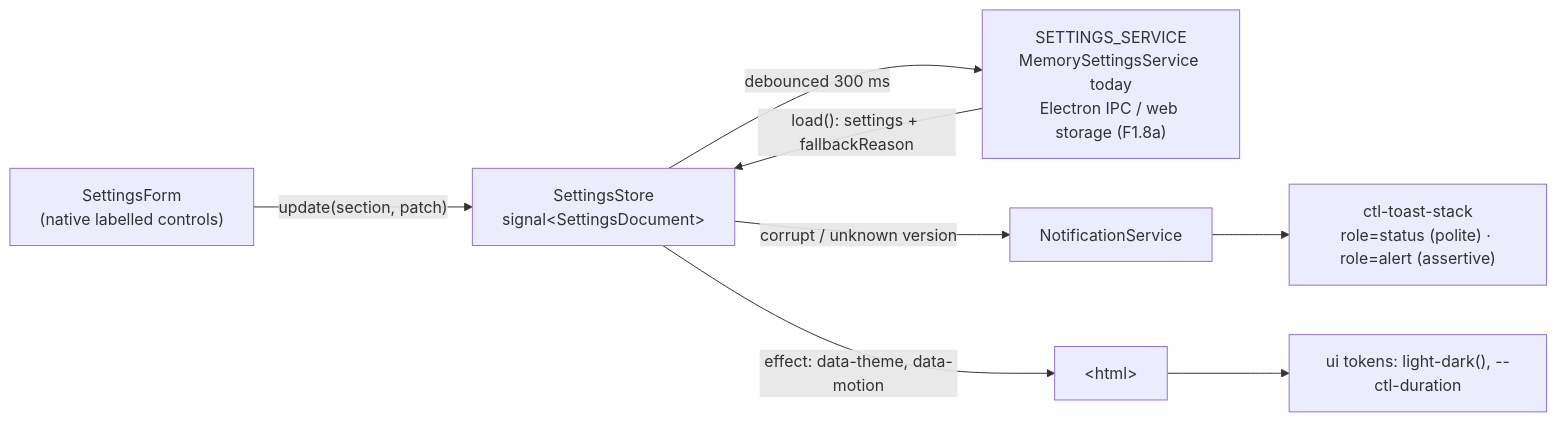
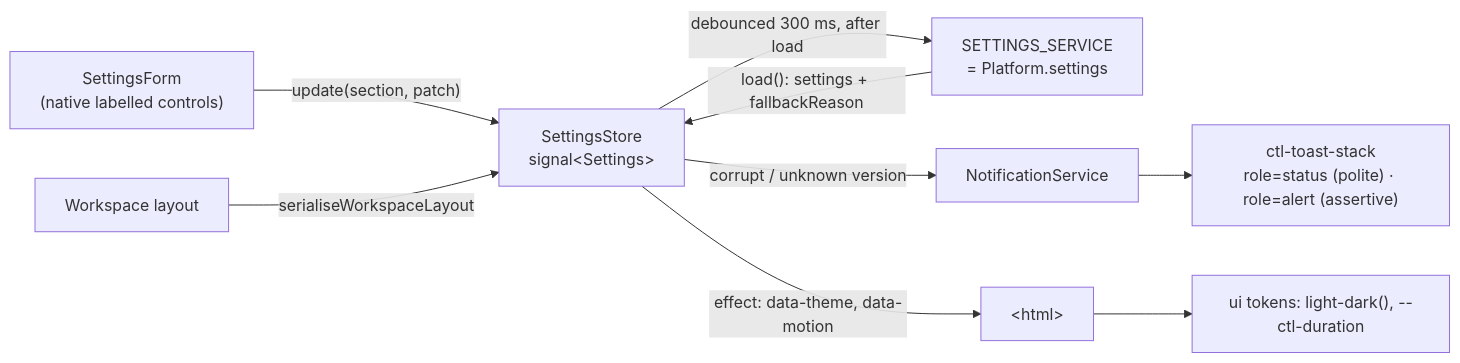
Before and after one commit to joebarbere/controls: the fourth of 5 diagrams in docs/architecture/ui-shell.md, drawn with Mermaid. The commit also changed other lines of this file and 54 other files, not shown here.

````diff
--- a/docs/architecture/ui-shell.md
+++ b/docs/architecture/ui-shell.md
@@ -82,10 +82,11 @@
 ```mermaid
 flowchart LR
-    FORM["SettingsForm<br/>(native labelled controls)"] -->|"update(section, patch)"| STORE["SettingsStore<br/>signal&lt;SettingsDocument&gt;"]
-    STORE -->|"debounced 300 ms"| SVC["SETTINGS_SERVICE<br/>MemorySettingsService today<br/>Electron IPC / web storage (F1.8a)"]
+    FORM["SettingsForm<br/>(native labelled controls)"] -->|"update(section, patch)"| STORE["SettingsStore<br/>signal&lt;Settings&gt;"]
+    WS["Workspace layout"] -->|"serialiseWorkspaceLayout"| STORE
+    STORE -->|"debounced 300 ms, after load"| SVC["SETTINGS_SERVICE<br/>= Platform.settings"]
     SVC -->|"load(): settings + fallbackReason"| STORE
     STORE -->|"corrupt / unknown version"| NOTE["NotificationService"]
     STORE -->|"effect: data-theme, data-motion"| HTML["&lt;html&gt;"]
     HTML --> TOK["ui tokens: light-dark(), --ctl-duration"]
     NOTE --> TOAST["ctl-toast-stack<br/>role=status (polite) · role=alert (assertive)"]
 ```
````
